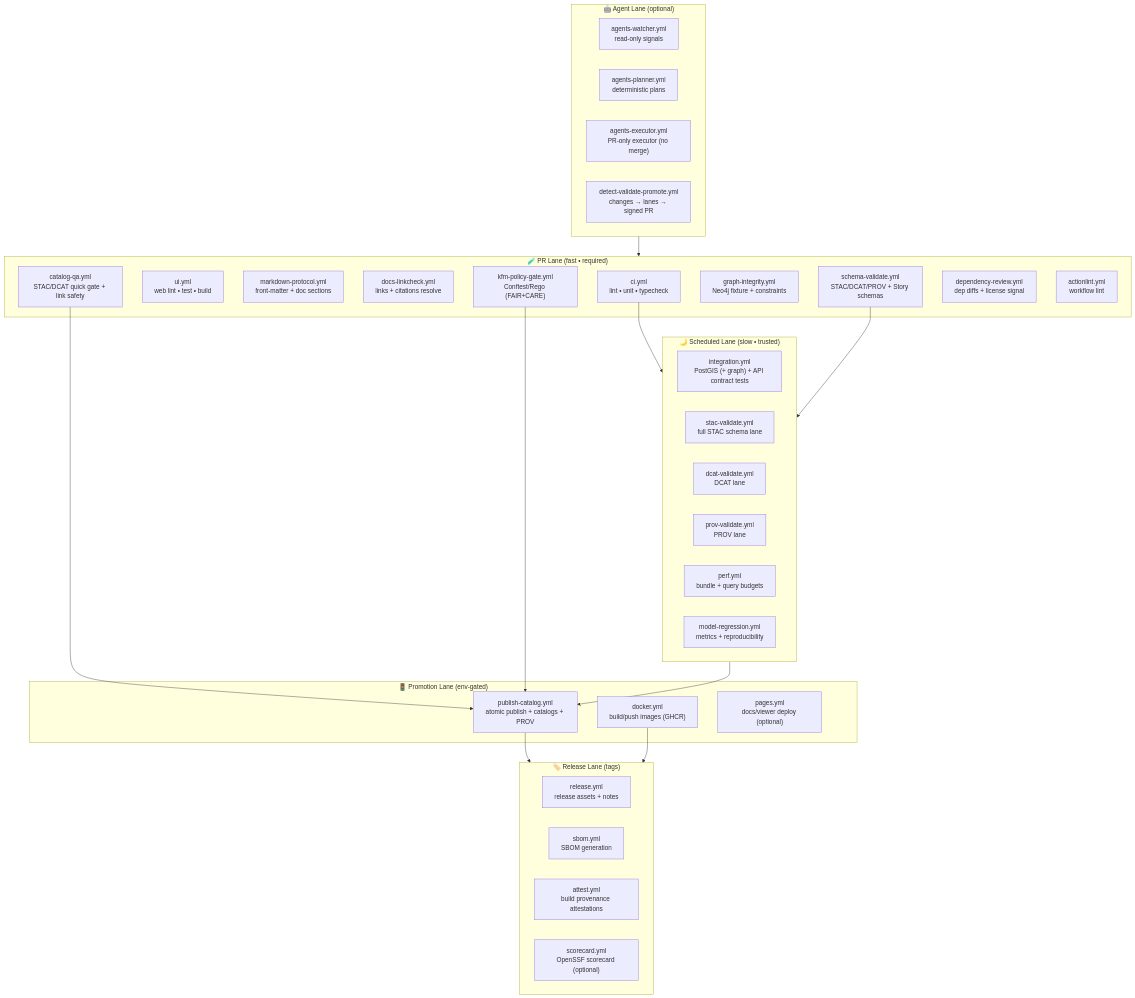
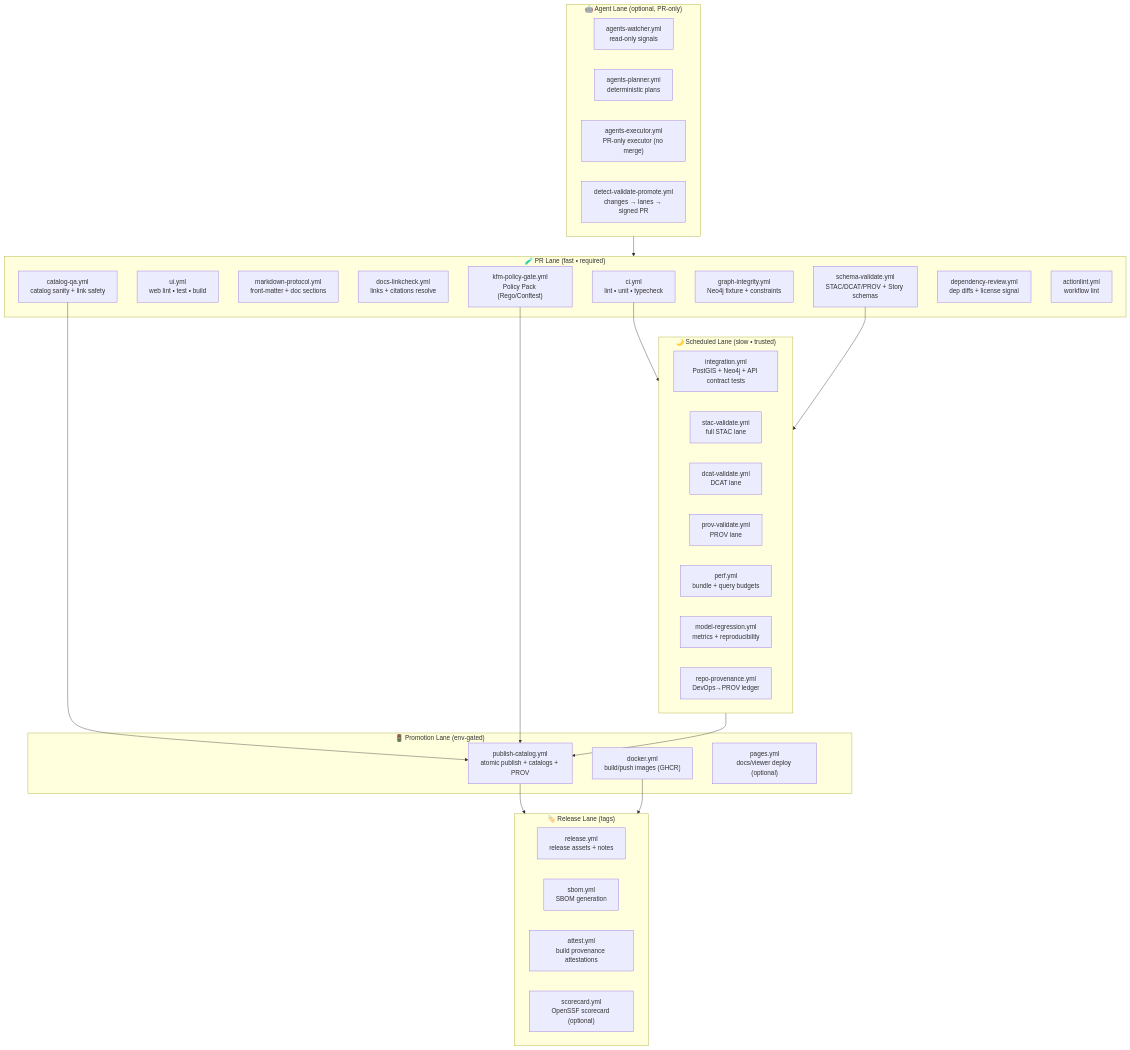
The first of 2 diagrams in .github/workflows/README.md (bartytime4life/Kansas-Frontier-Matrix), drawn with Mermaid before and after one commit. The commit also changed other lines of this file, not shown here.

````diff
--- a/.github/workflows/README.md
+++ b/.github/workflows/README.md
@@ -111,53 +123,54 @@
 ```mermaid
 flowchart TB
   subgraph PR["🧪 PR Lane (fast • required)"]
     PR1["ci.yml<br/>lint • unit • typecheck"]
     PR2["ui.yml<br/>web lint • test • build"]
     PR3["markdown-protocol.yml<br/>front-matter + doc sections"]
     PR4["docs-linkcheck.yml<br/>links + citations resolve"]
     PR5["schema-validate.yml<br/>STAC/DCAT/PROV + Story schemas"]
-    PR6["catalog-qa.yml<br/>STAC/DCAT quick gate + link safety"]
+    PR6["catalog-qa.yml<br/>catalog sanity + link safety"]
     PR7["graph-integrity.yml<br/>Neo4j fixture + constraints"]
-    PR8["kfm-policy-gate.yml<br/>Conftest/Rego (FAIR+CARE)"]
+    PR8["kfm-policy-gate.yml<br/>Policy Pack (Rego/Conftest)"]
     PR9["dependency-review.yml<br/>dep diffs + license signal"]
     PR10["actionlint.yml<br/>workflow lint"]
   end
 
   subgraph SCHEDULE["🌙 Scheduled Lane (slow • trusted)"]
-    N1["integration.yml<br/>PostGIS (+ graph) + API contract tests"]
-    N2["stac-validate.yml<br/>full STAC schema lane"]
+    N1["integration.yml<br/>PostGIS + Neo4j + API contract tests"]
+    N2["stac-validate.yml<br/>full STAC lane"]
     N3["dcat-validate.yml<br/>DCAT lane"]
     N4["prov-validate.yml<br/>PROV lane"]
     N5["perf.yml<br/>bundle + query budgets"]
     N6["model-regression.yml<br/>metrics + reproducibility"]
+    N7["repo-provenance.yml<br/>DevOps→PROV ledger"]
   end
 
   subgraph PROMOTE["🚦 Promotion Lane (env-gated)"]
     P1["publish-catalog.yml<br/>atomic publish + catalogs + PROV"]
     P2["docker.yml<br/>build/push images (GHCR)"]
     P3["pages.yml<br/>docs/viewer deploy (optional)"]
   end
 
   subgraph RELEASE["🏷️ Release Lane (tags)"]
     R1["release.yml<br/>release assets + notes"]
     R2["sbom.yml<br/>SBOM generation"]
     R3["attest.yml<br/>build provenance attestations"]
     R4["scorecard.yml<br/>OpenSSF scorecard (optional)"]
   end
 
-  subgraph AGENTS["🤖 Agent Lane (optional)"]
+  subgraph AGENTS["🤖 Agent Lane (optional, PR-only)"]
     A1["agents-watcher.yml<br/>read-only signals"]
     A2["agents-planner.yml<br/>deterministic plans"]
     A3["agents-executor.yml<br/>PR-only executor (no merge)"]
     A4["detect-validate-promote.yml<br/>changes → lanes → signed PR"]
   end
 
   PR1 --> SCHEDULE
   PR5 --> SCHEDULE
   PR6 --> P1
   PR8 --> P1
   SCHEDULE --> P1
   P1 --> RELEASE
   P2 --> RELEASE
   AGENTS --> PR
 ```
````
